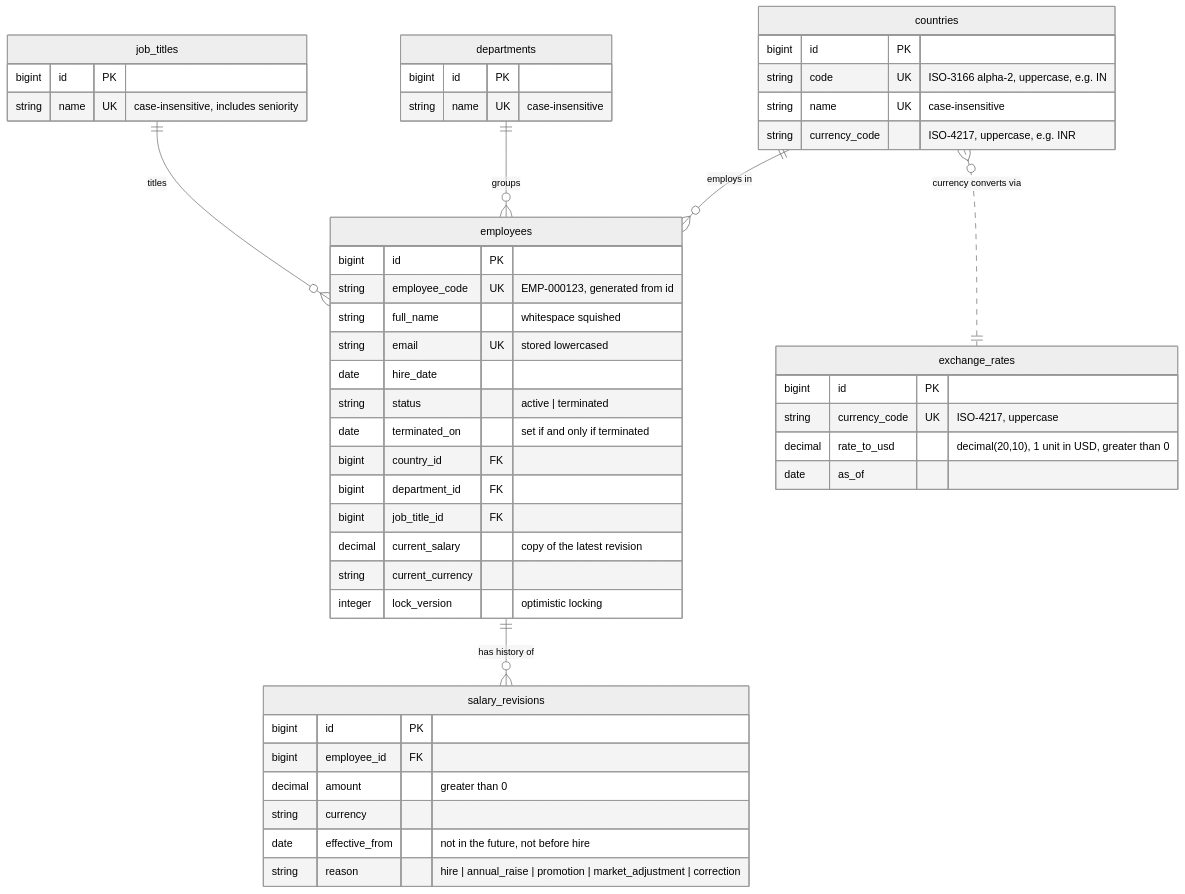
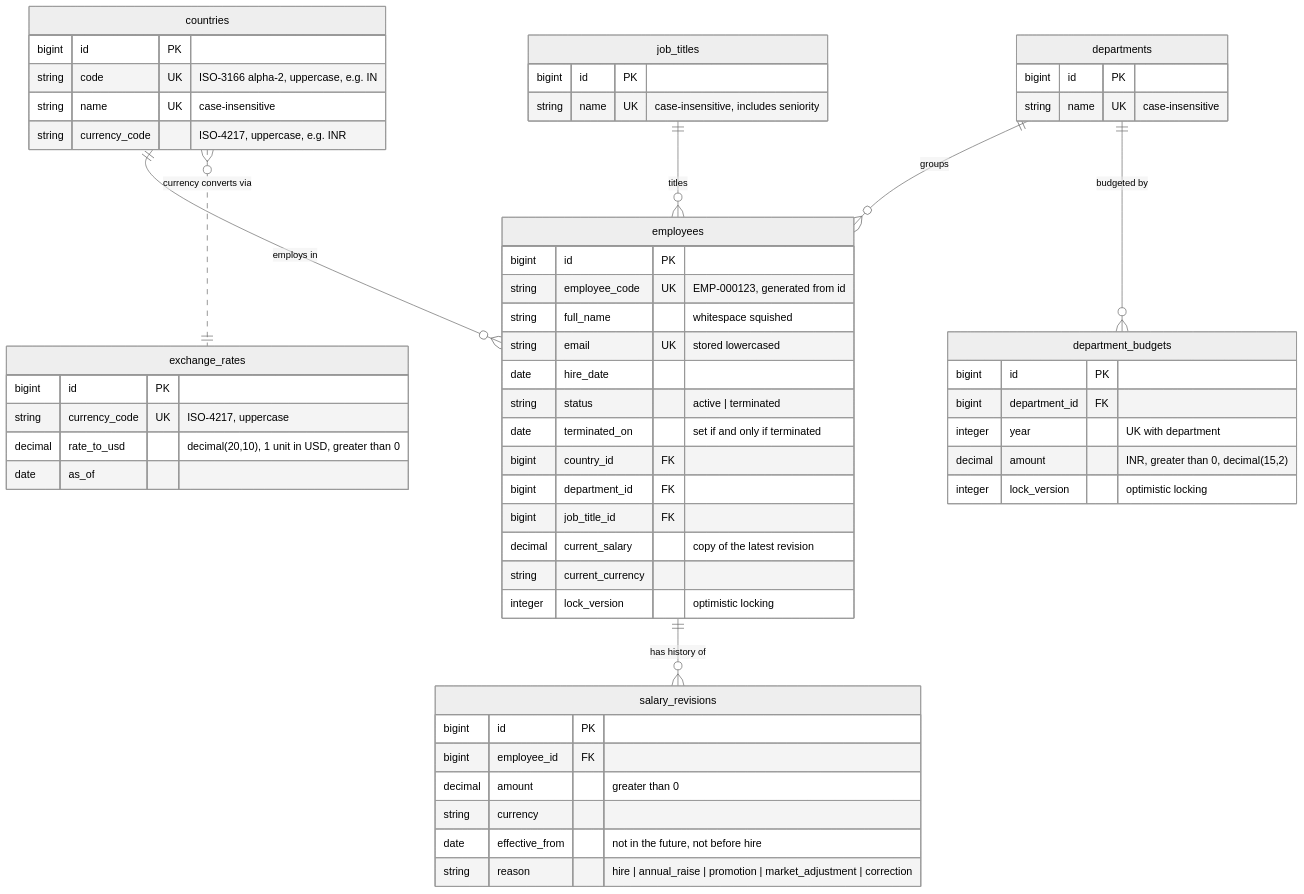
Before and after one commit to Kaustubh-githubs/Horizon: the first of 2 diagrams in docs/schema.md, drawn with Mermaid (neutral theme). The commit also changed other lines of this file and 5 other files, not shown here.

Commit message:
docs: decide department budgets in INR with history on the audit trail (ADR 0020)

````diff
--- a/docs/schema.md
+++ b/docs/schema.md
@@ -11,52 +11,60 @@
 ```mermaid
 erDiagram
     countries ||--o{ employees : "employs in"
     departments ||--o{ employees : "groups"
     job_titles ||--o{ employees : "titles"
     employees ||--o{ salary_revisions : "has history of"
     countries }o..|| exchange_rates : "currency converts via"
+    departments ||--o{ department_budgets : "budgeted by"
 
     countries {
         bigint id PK
         string code UK "ISO-3166 alpha-2, uppercase, e.g. IN"
         string name UK "case-insensitive"
         string currency_code "ISO-4217, uppercase, e.g. INR"
     }
     exchange_rates {
         bigint id PK
         string currency_code UK "ISO-4217, uppercase"
         decimal rate_to_usd "decimal(20,10), 1 unit in USD, greater than 0"
         date as_of
     }
     departments {
         bigint id PK
         string name UK "case-insensitive"
     }
     job_titles {
         bigint id PK
         string name UK "case-insensitive, includes seniority"
     }
     employees {
         bigint id PK
         string employee_code UK "EMP-000123, generated from id"
         string full_name "whitespace squished"
         string email UK "stored lowercased"
         date hire_date
         string status "active | terminated"
         date terminated_on "set if and only if terminated"
         bigint country_id FK
         bigint department_id FK
         bigint job_title_id FK
         decimal current_salary "copy of the latest revision"
         string current_currency
         integer lock_version "optimistic locking"
     }
     salary_revisions {
         bigint id PK
         bigint employee_id FK
         decimal amount "greater than 0"
         string currency
         date effective_from "not in the future, not before hire"
         string reason "hire | annual_raise | promotion | market_adjustment | correction"
     }
+    department_budgets {
+        bigint id PK
+        bigint department_id FK
+        integer year "UK with department"
+        decimal amount "INR, greater than 0, decimal(15,2)"
+        integer lock_version "optimistic locking"
+    }
 ```
````
